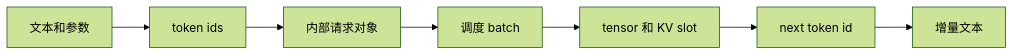
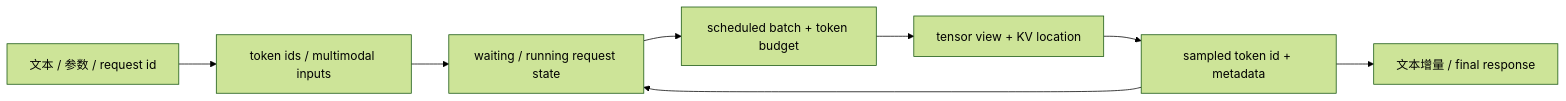
Before and after one commit to OnlyHero5/sglang-reading-vault: the diagram in AI-Infra课程/基础知识/LLM推理与Token.md, drawn with Mermaid (forest theme). The commit also changed other lines of this file and 512 other files, not shown here.

````diff
--- a/AI-Infra课程/基础知识/LLM推理与Token.md
+++ b/AI-Infra课程/基础知识/LLM推理与Token.md
@@ -66,9 +76,12 @@
 ```mermaid
 flowchart LR
-    A["文本和参数"] --> B["token ids"]
-    B --> C["内部请求对象"]
-    C --> D["调度 batch"]
-    D --> E["tensor 和 KV slot"]
-    E --> F["next token id"]
-    F --> G["增量文本"]
+    A["文本 / 参数 / request id"]
+    B["token ids / multimodal inputs"]
+    C["waiting / running request state"]
+    D["scheduled batch + token budget"]
+    E["tensor view + KV location"]
+    F["sampled token id + metadata"]
+    G["文本增量 / final response"]
+    A --> B --> C --> D --> E --> F --> G
+    F --> C
 ```
````
